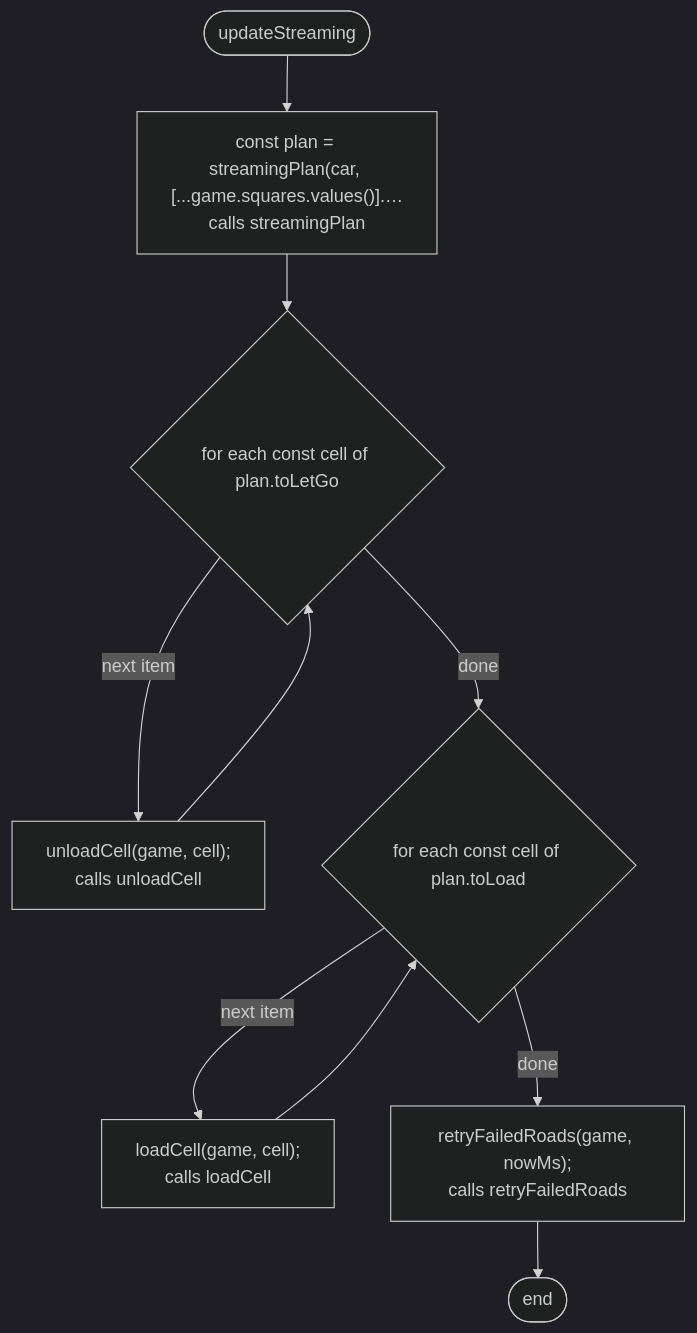
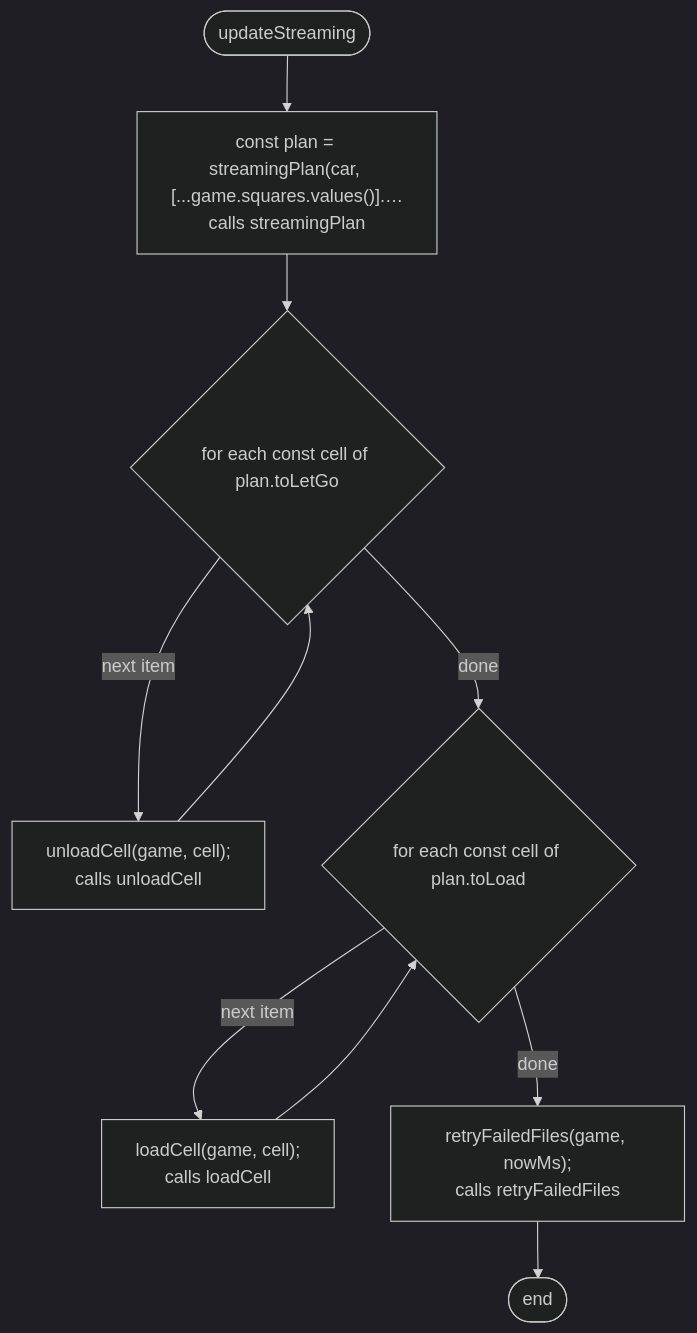
The tenth of 10 diagrams in docs/flows/src/game/streaming.md (NewDara-Star/world-engine), drawn with Mermaid (dark theme) before and after one commit. The commit also changed other lines of this file and 306 other files, not shown here.

````diff
--- a/docs/flows/src/game/streaming.md
+++ b/docs/flows/src/game/streaming.md
@@ -190,20 +311,20 @@
 ```mermaid
 flowchart TD
   n1(["updateStreaming"])
   n2["const plan = streamingPlan(car, [...game.squares.values()].…<br/>calls streamingPlan"]
   n3{"for each const cell of plan.toLetGo"}
   n4["unloadCell(game, cell);<br/>calls unloadCell"]
   n5{"for each const cell of plan.toLoad"}
   n6["loadCell(game, cell);<br/>calls loadCell"]
-  n7["retryFailedRoads(game, nowMs);<br/>calls retryFailedRoads"]
+  n7["retryFailedFiles(game, nowMs);<br/>calls retryFailedFiles"]
   n8(["end"])
   n1 --> n2
   n2 --> n3
   n3 -->|"next item"| n4
   n4 --> n3
   n3 -->|"done"| n5
   n5 -->|"next item"| n6
   n6 --> n5
   n5 -->|"done"| n7
   n7 --> n8
 ```
````
